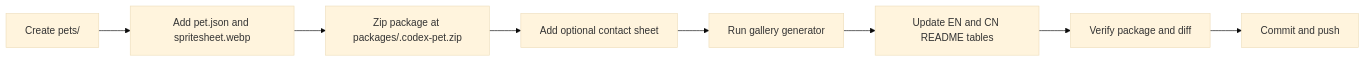
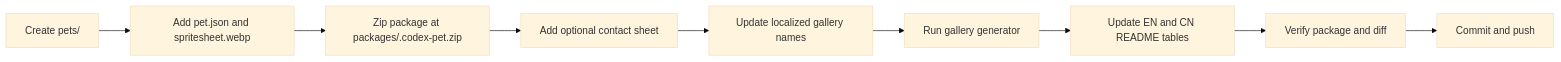
One commit to mileson/codex-pets changed the diagram in docs/MAINTAINING.md. Above: the diagram before and after it, drawn with Mermaid (base theme). The commit also changed other lines of this file and 8 other files, not shown here.

````diff
--- a/docs/MAINTAINING.md
+++ b/docs/MAINTAINING.md
@@ -23,10 +32,11 @@
 ```mermaid
 flowchart LR
   A["Create pets/<pet-id>"] --> B["Add pet.json and spritesheet.webp"]
   B --> C["Zip package at packages/<pet-id>.codex-pet.zip"]
   C --> D["Add optional contact sheet"]
-  D --> E["Run gallery generator"]
-  E --> F["Update EN and CN README tables"]
-  F --> G["Verify package and diff"]
-  G --> H["Commit and push"]
+  D --> E["Update localized gallery names"]
+  E --> F["Run gallery generator"]
+  F --> G["Update EN and CN README tables"]
+  G --> H["Verify package and diff"]
+  H --> I["Commit and push"]
 ```
````
